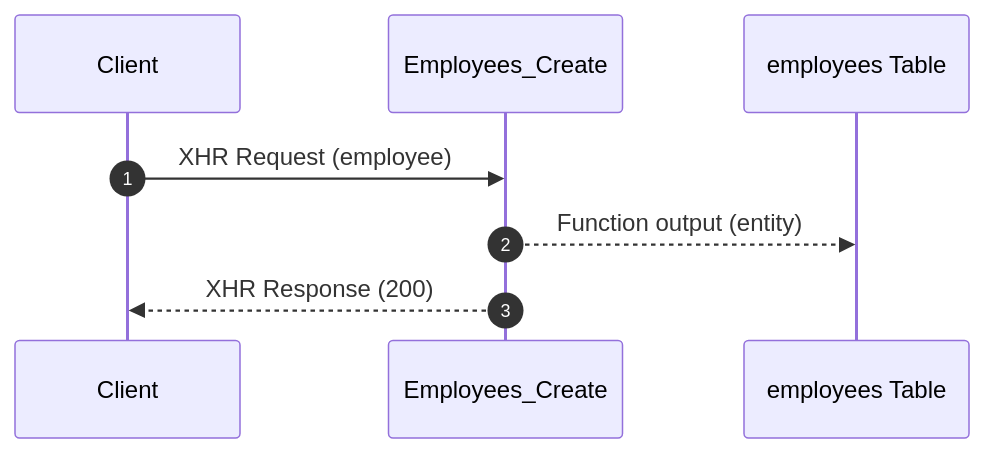
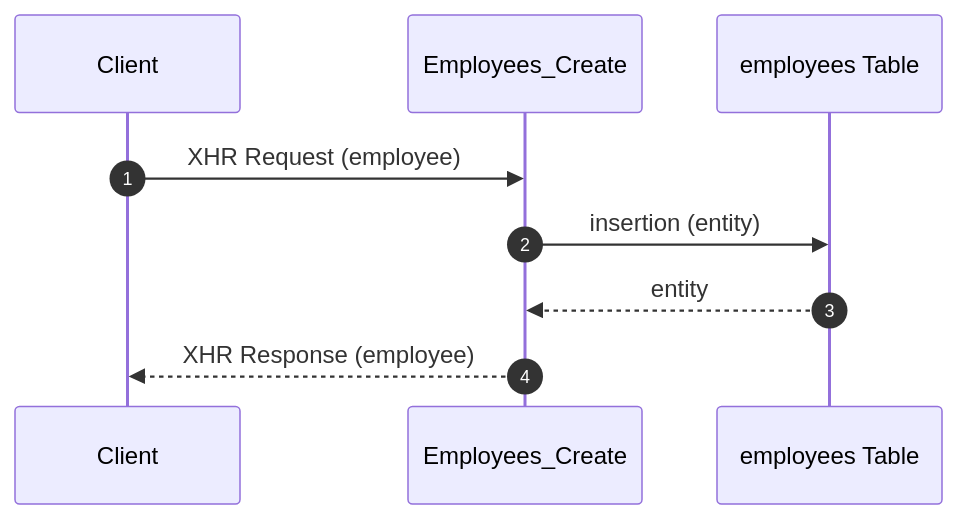
The second of 3 diagrams in docs/ARCHITECTURE.md (KyleMcMaster/payroll-processor), drawn with Mermaid before and after one commit.

Commit message:
docs(ARCHTIECTURE): update employee create diagram

````diff
--- a/docs/ARCHITECTURE.md
+++ b/docs/ARCHITECTURE.md
@@ -18,7 +18,8 @@
 ```mermaid
 sequenceDiagram
     autonumber
     Client->>Employees_Create: XHR Request (employee)
-    Employees_Create-->>employees Table: Function output (entity)
-    Employees_Create-->>Client: XHR Response (200)
+    Employees_Create->>employees Table: insertion (entity)
+    employees Table-->>Employees_Create: entity
+    Employees_Create-->>Client: XHR Response (employee)
 ```
````
